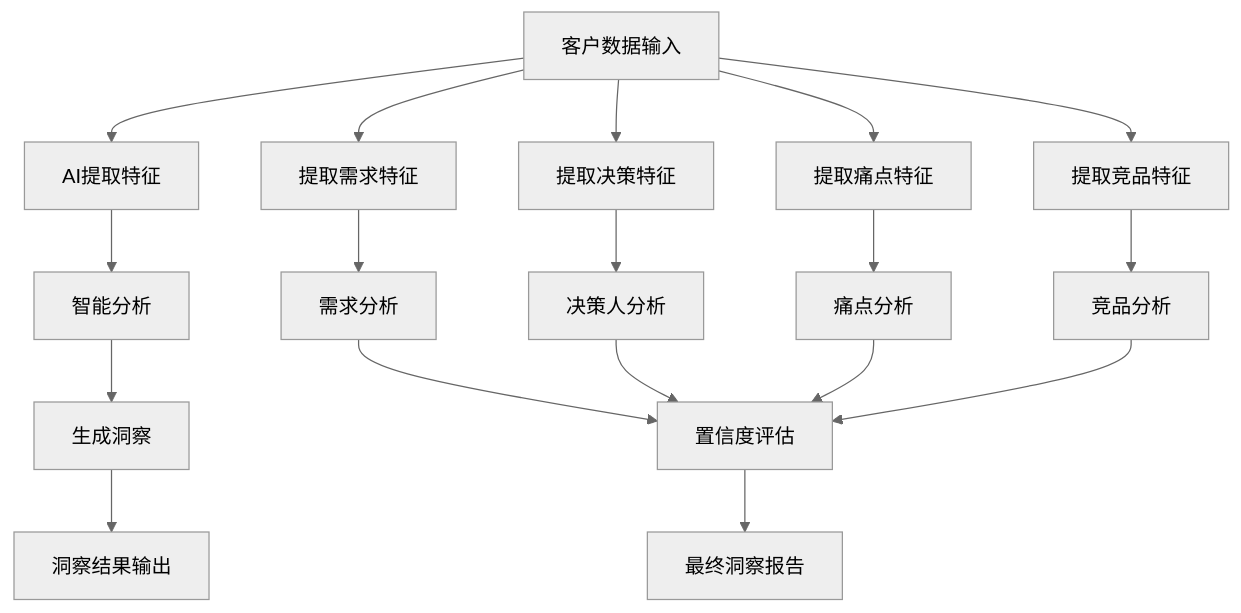
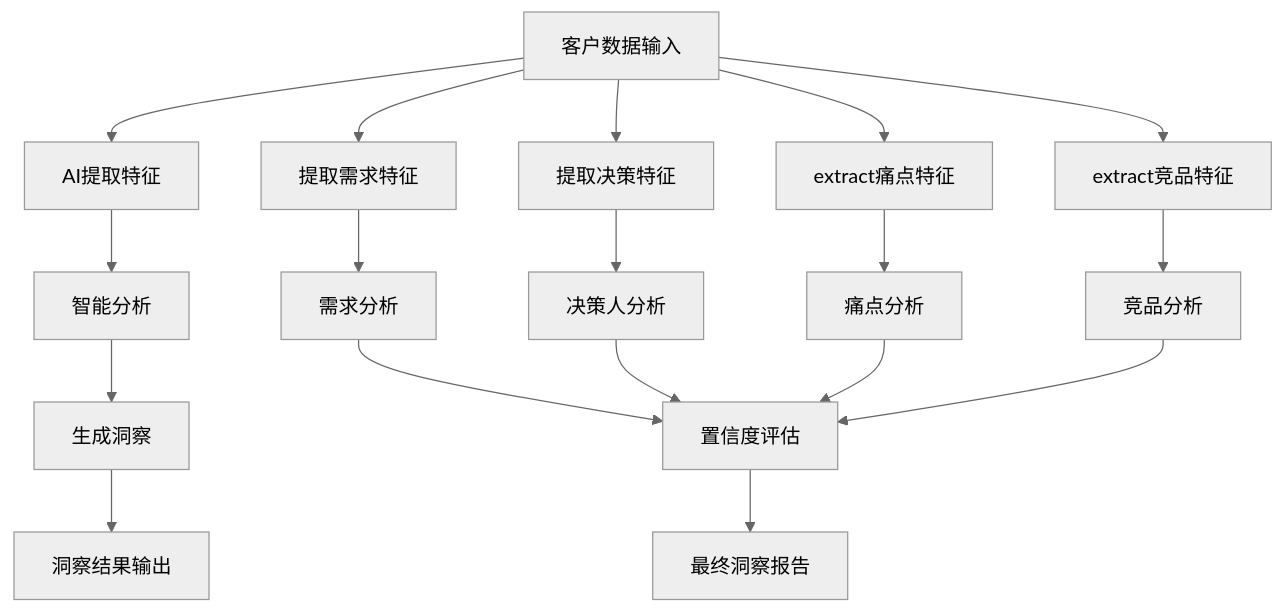
One commit to xianjianshenqu/SalesFlow-CRM changed diagram 12 of 18 in .qoder/repowiki/zh/content/Pre Sales Dashboard.md. Above: the diagram before and after it, drawn with Mermaid (neutral theme). The commit also changed other lines of this file and 7 other files, not shown here.

````diff
--- a/.qoder/repowiki/zh/content/Pre Sales Dashboard.md
+++ b/.qoder/repowiki/zh/content/Pre Sales Dashboard.md
@@ -484,20 +537,20 @@
 ```mermaid
 flowchart TD
 Input[客户数据输入] --> Extract[AI提取特征]
 Extract --> Analyze[智能分析]
 Analyze --> Generate[生成洞察]
 Generate --> Output[洞察结果输出]
 Input --> Features[提取需求特征]
 Input --> Decision[提取决策特征]
-Input --> Pain[提取痛点特征]
-Input --> Competitor[提取竞品特征]
+Input --> Pain[extract痛点特征]
+Input --> Competitor[extract竞品特征]
 Features --> Needs[需求分析]
 Decision --> DecisionMaker[决策人分析]
 Pain --> PainPoints[痛点分析]
 Competitor --> CompetitorInfo[竞品分析]
 Needs --> Confidence[置信度评估]
 DecisionMaker --> Confidence
 PainPoints --> Confidence
 CompetitorInfo --> Confidence
 Confidence --> FinalOutput[最终洞察报告]
 ```
````
